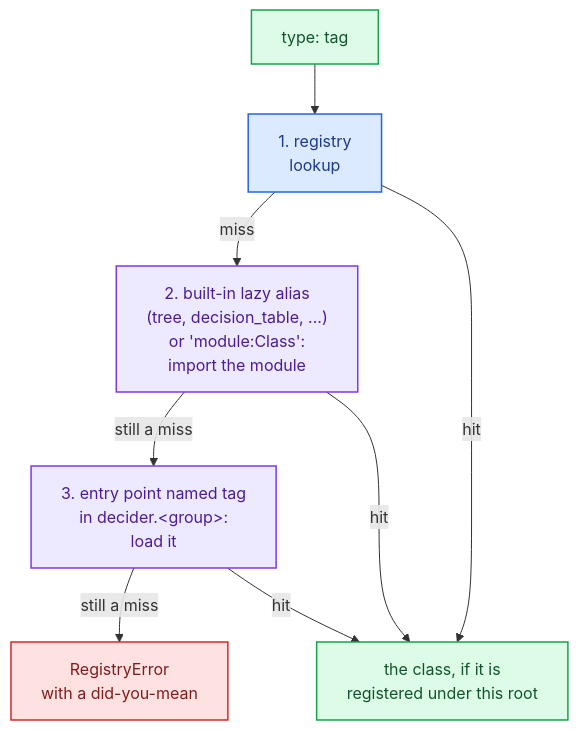
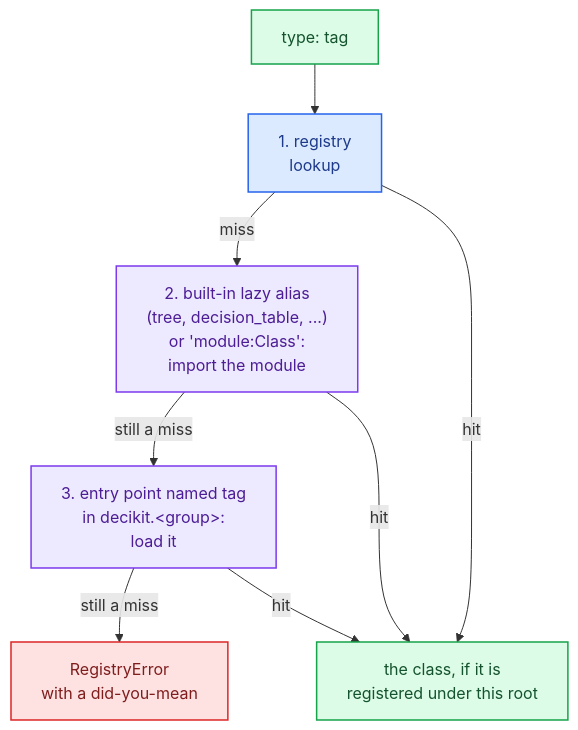
One commit to capitec/dsp-decision-engine changed the diagram in docs/guides/extending.md. Above: the diagram before and after it, drawn with Mermaid. The commit also changed other lines of this file and 1292 other files, not shown here.

Commit message:
rename decider to decikit: package, CLI, DECIKIT_* settings, plugin, extension, docs prose says decider toolkit

````diff
--- a/docs/guides/extending.md
+++ b/docs/guides/extending.md
@@ -17,18 +17,18 @@
 ```mermaid
 flowchart TD
     T["type: tag"] --> R["1. registry<br/>lookup"]
     R -->|miss| L["2. built-in lazy alias<br/>(tree, decision_table, ...)<br/>or 'module:Class':<br/>import the module"]
-    L -->|still a miss| E["3. entry point named tag<br/>in decider.&lt;group&gt;:<br/>load it"]
+    L -->|still a miss| E["3. entry point named tag<br/>in decikit.&lt;group&gt;:<br/>load it"]
     E -->|still a miss| X["RegistryError<br/>with a did-you-mean"]
     R -->|hit| OK["the class, if it is<br/>registered under this root"]
     L -->|hit| OK
     E -->|hit| OK
     classDef ir fill:#dbeafe,stroke:#2563eb,color:#1e3a8a,stroke-width:1.5px;
     classDef tooling fill:#ede9fe,stroke:#7c3aed,color:#4c1d95,stroke-width:1.5px;
     classDef data fill:#dcfce7,stroke:#16a34a,color:#14532d,stroke-width:1.5px;
     classDef err fill:#fee2e2,stroke:#dc2626,color:#7f1d1d,stroke-width:1.5px;
     class T,OK data
     class R ir
     class L,E tooling
     class X err
 ```
````
